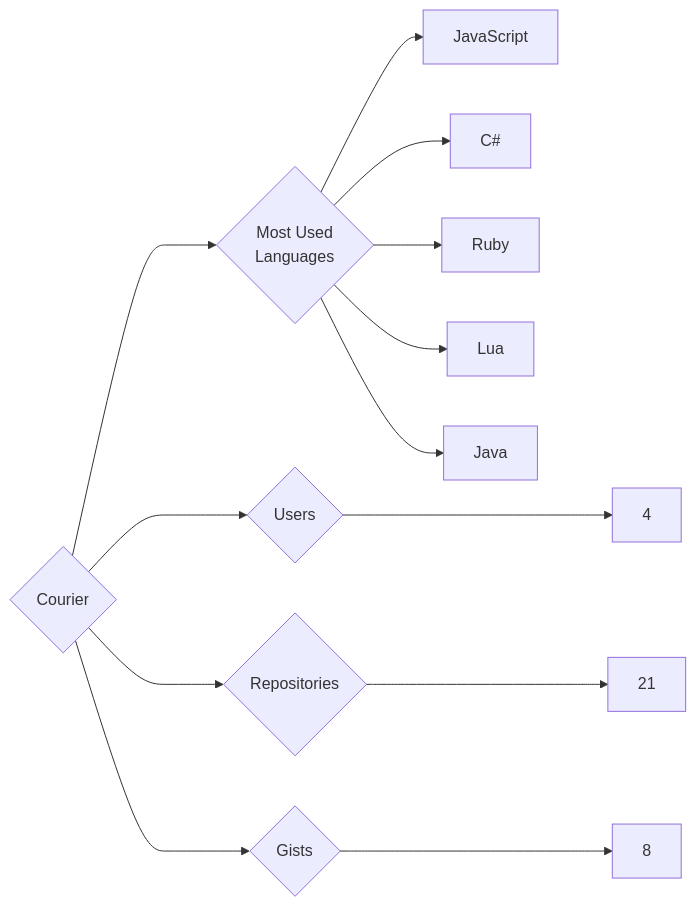
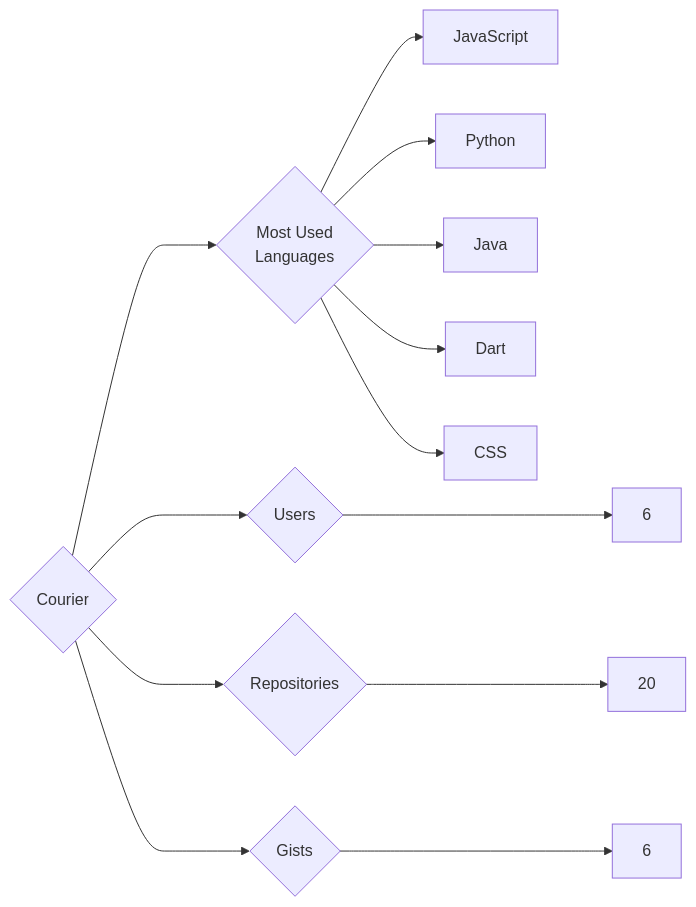
The diagram in targets/Courier/README.md (trickest/insiders), drawn with Mermaid before and after one commit. The commit also changed 938 other files, not shown here.

````diff
--- a/targets/Courier/README.md
+++ b/targets/Courier/README.md
@@ -3,13 +3,13 @@
 ```mermaid
 graph LR
 COMPANY_NAME{Courier}
-COMPANY_NAME ---> U{Users} ---> UN[4]
-COMPANY_NAME ---> R{Repositories} ---> RN[21]
-COMPANY_NAME ---> G{Gists} ---> GN[8]
+COMPANY_NAME ---> U{Users} ---> UN[6]
+COMPANY_NAME ---> R{Repositories} ---> RN[20]
+COMPANY_NAME ---> G{Gists} ---> GN[6]
 COMPANY_NAME ---> ML{Most Used<br>Languages}
 ML --> JavaScript[JavaScript]
-ML --> C#[C#]
-ML --> Ruby[Ruby]
-ML --> Lua[Lua]
+ML --> Python[Python]
 ML --> Java[Java]
+ML --> Dart[Dart]
+ML --> CSS[CSS]
 ```
````
